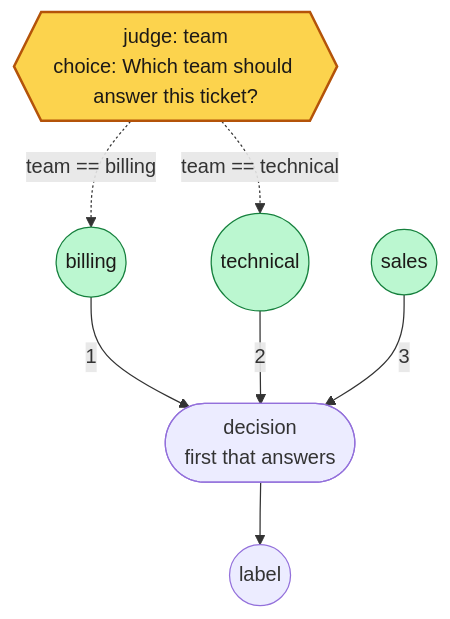
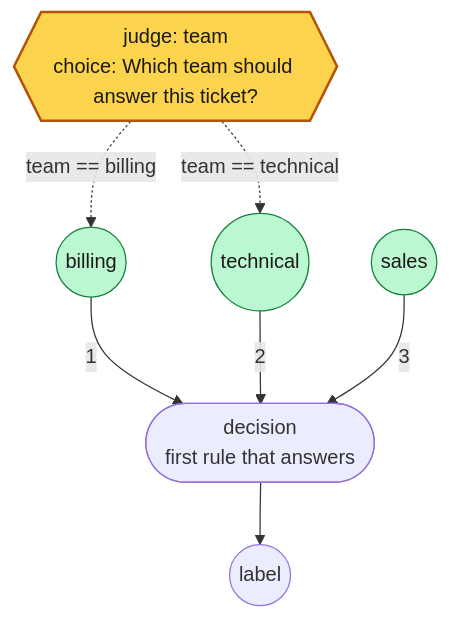
Before and after one commit to MCERQUA/rulesmith: the eighth of 8 diagrams in README.md, drawn with Mermaid. The commit also changed other lines of this file and 1 other file, not shown here.

First line of the commit message:
Draw each rule example in the README, and each condition once

````diff
--- a/README.md
+++ b/README.md
@@ -745,19 +845,19 @@
 ```mermaid
 flowchart TD
     n0{{"judge: team<br/>choice: Which team should answer this ticket?"}}
     n1(("billing"))
     n2(("technical"))
     n3(("sales"))
-    n4(["decision<br/>first that answers"])
+    n4(["decision<br/>first rule that answers"])
     n0 -.->|"team == billing"| n1
     n0 -.->|"team == technical"| n2
     n1 -->|"1"| n4
     n2 -->|"2"| n4
     n3 -->|"3"| n4
     o0(("label"))
     n4 --> o0
     classDef judge fill:#fcd34d,stroke:#b45309,stroke-width:2px,color:#1c1917
     class n0 judge
     classDef rule fill:#bbf7d0,stroke:#15803d,color:#1c1917
     class n1,n2,n3 rule
 ```
````
